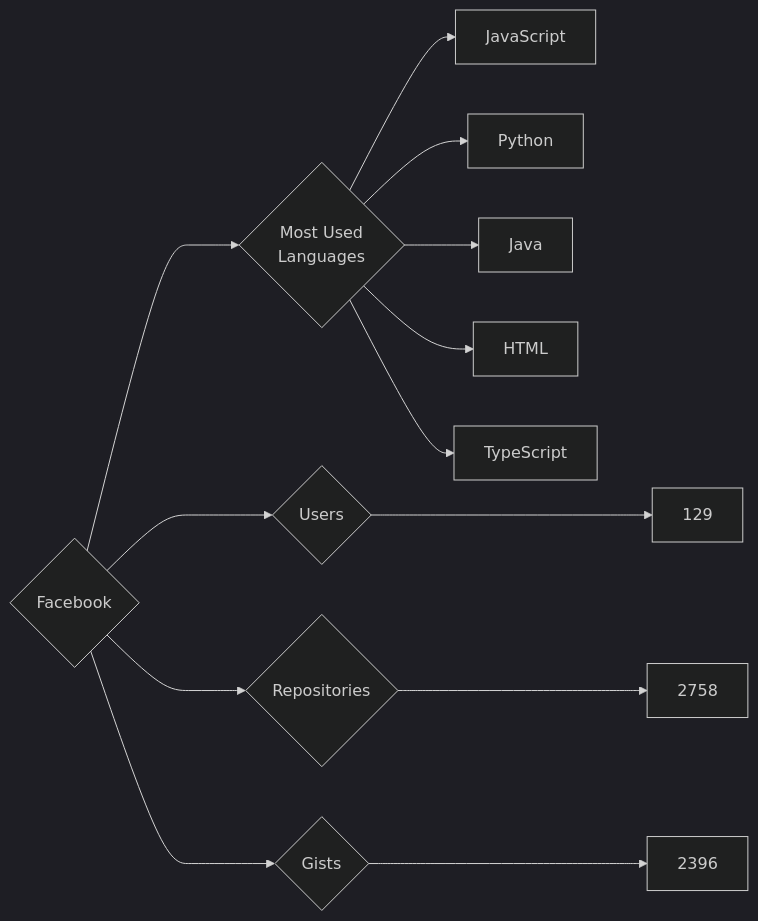
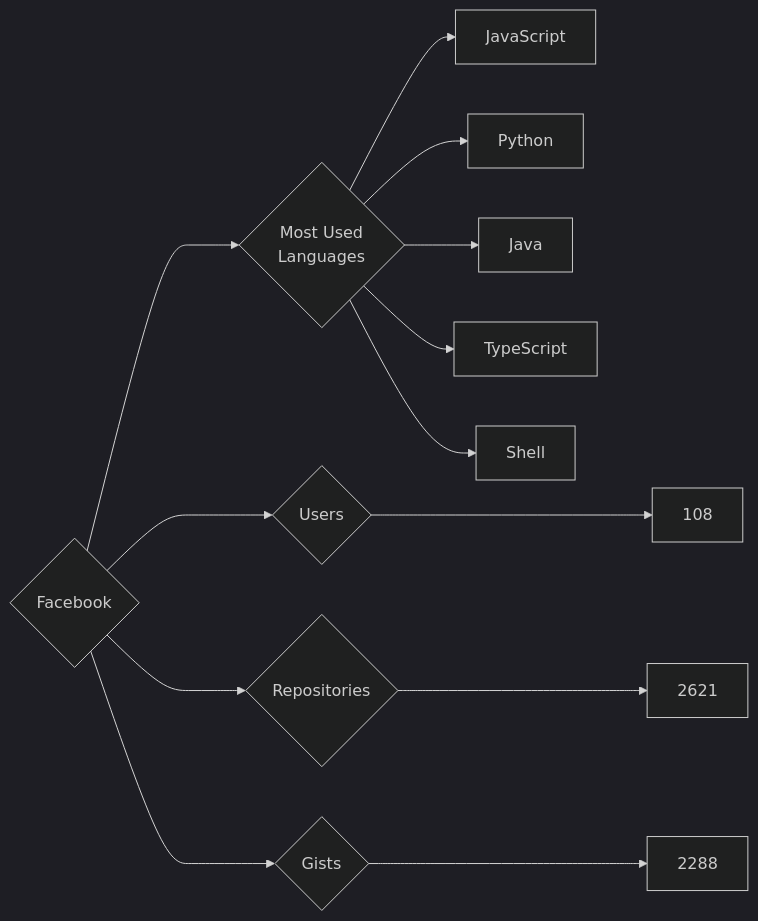
Before and after one commit to trickest/insiders: the diagram in targets/Facebook/README.md, drawn with Mermaid (dark theme). The commit also changed 688 other files, not shown here.

````diff
--- a/targets/Facebook/README.md
+++ b/targets/Facebook/README.md
@@ -3,13 +3,13 @@
 ```mermaid
 graph LR
 COMPANY_NAME{Facebook}
-COMPANY_NAME ---> U{Users} ---> UN[129]
-COMPANY_NAME ---> R{Repositories} ---> RN[2758]
-COMPANY_NAME ---> G{Gists} ---> GN[2396]
+COMPANY_NAME ---> U{Users} ---> UN[108]
+COMPANY_NAME ---> R{Repositories} ---> RN[2621]
+COMPANY_NAME ---> G{Gists} ---> GN[2288]
 COMPANY_NAME ---> ML{Most Used<br>Languages}
 ML --> JavaScript[JavaScript]
 ML --> Python[Python]
 ML --> Java[Java]
-ML --> HTML[HTML]
 ML --> TypeScript[TypeScript]
+ML --> Shell[Shell]
 ```
````
